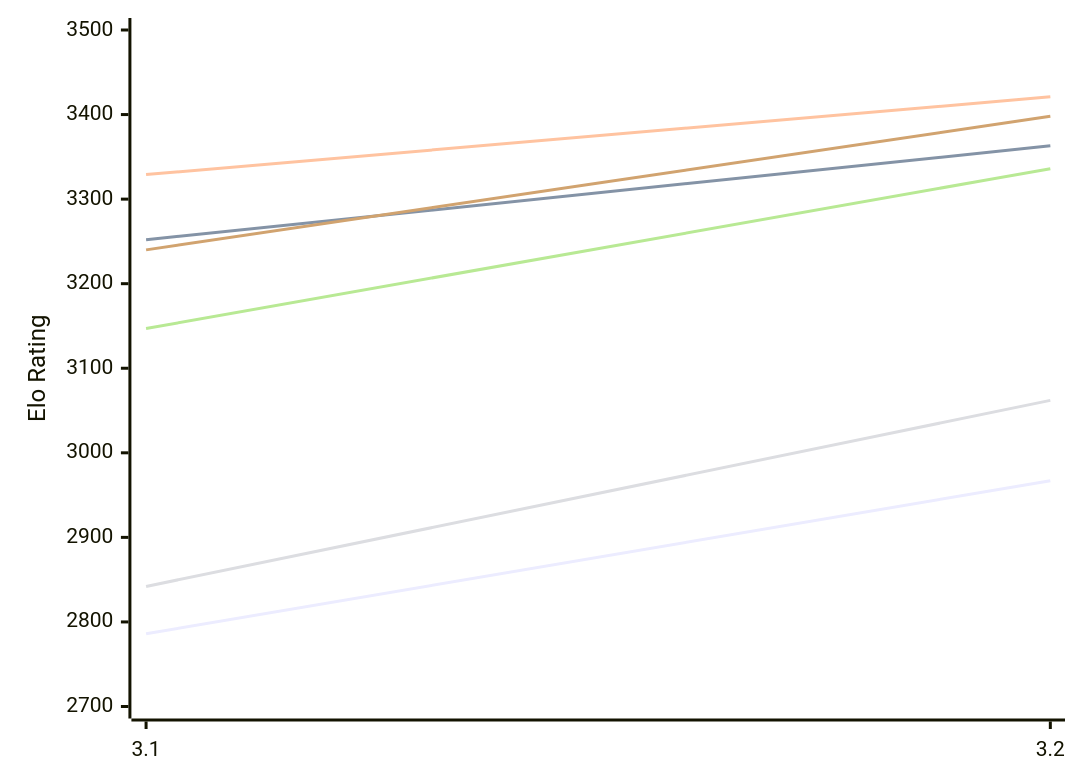
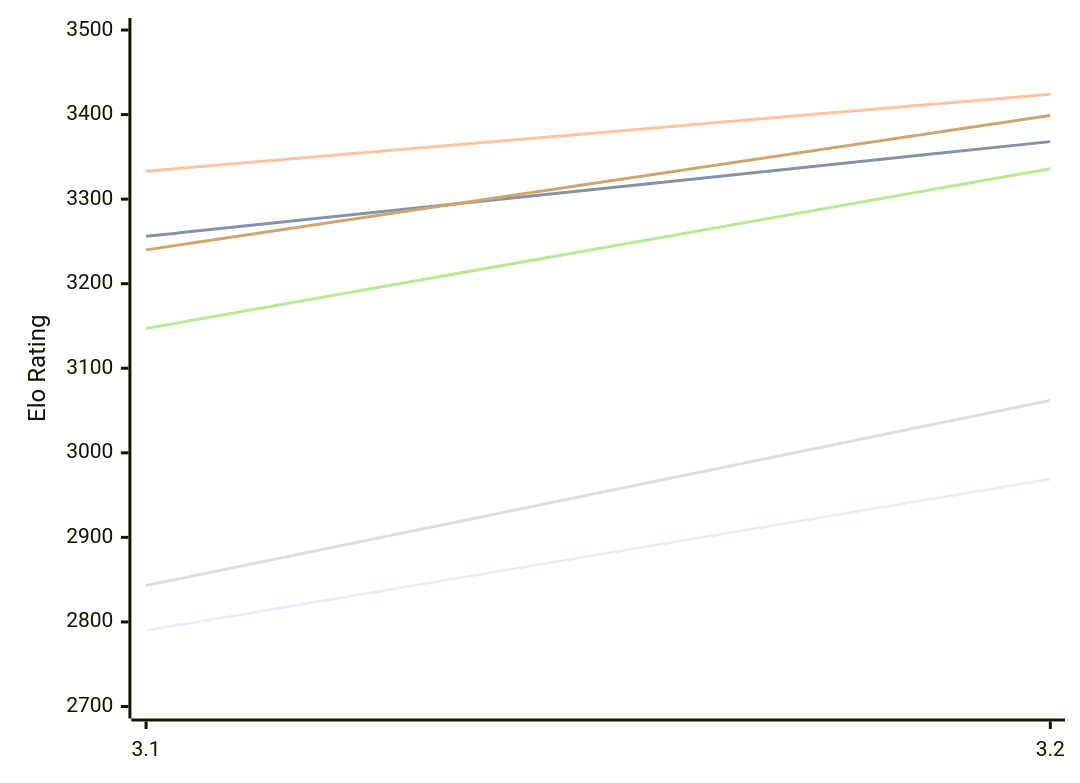
Before and after one commit to computer-chess-index/cci: the first of 2 diagrams in engines/Thrawn.md, drawn with Mermaid. The commit also changed other lines of this file, not shown here.

Commit message:
Update CCI Ratings (ELO VLTC) - 2026-11-22

````diff
--- a/engines/Thrawn.md
+++ b/engines/Thrawn.md
@@ -52,12 +52,12 @@
 ```mermaid
 %%{init: {"theme":"base","themeVariables":{"seriesColors:['#a3a3a3','#222221','#faa371']}}}%%
 xychart-beta
   x-axis ["3.1", "3.2"]
   y-axis "Elo Rating" 2700 --> 3500
-  line "E1: STC (8.0+0.08s)" [2786, 2967]
-  line "E1: LTC (60.0+0.60s)" [3252, 3363]
-  line "E1: VLTC (2m24s+1.12s)" [3329, 3421]
-  line "P1: STC (8.0+0.08s)" [2842, 3062]
+  line "E1: STC (8.0+0.08s)" [2790, 2969]
+  line "E1: LTC (60.0+0.60s)" [3256, 3368]
+  line "E1: VLTC (2m24s+1.12s)" [3333, 3424]
+  line "P1: STC (8.0+0.08s)" [2843, 3062]
   line "P1: LTC (60.0+0.60s)" [3147, 3336]
-  line "P1: VLTC (2m24s+1.12s)" [3240, 3398]
+  line "P1: VLTC (2m24s+1.12s)" [3240, 3399]
 ```
````
